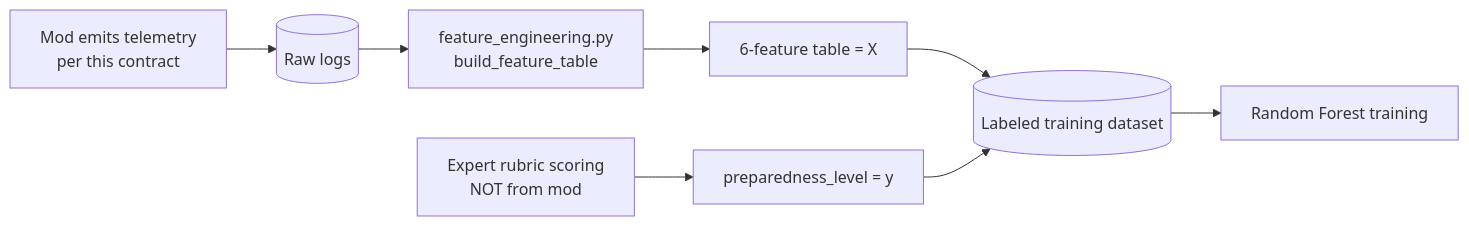
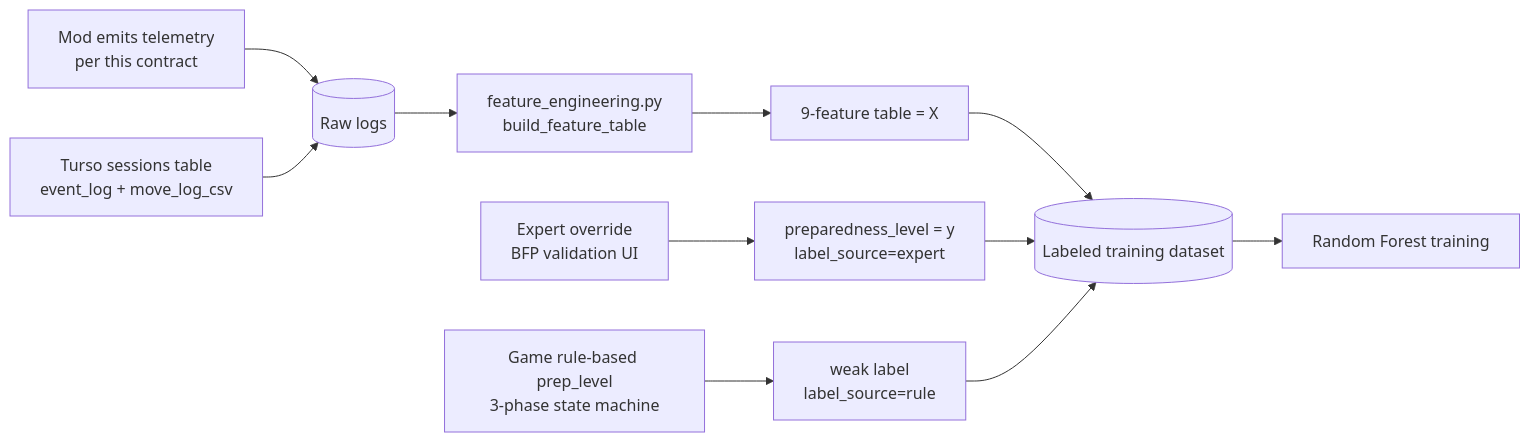
Before and after one commit to Kiko915/MiDRR-Classifier: the diagram in docs/telemetry_contract.md, drawn with Mermaid. The commit also changed other lines of this file and 4 other files, not shown here.

````diff
--- a/docs/telemetry_contract.md
+++ b/docs/telemetry_contract.md
@@ -22,10 +27,13 @@
 ```mermaid
 flowchart LR
     M[Mod emits telemetry<br/>per this contract] --> R[(Raw logs)]
+    T[Turso sessions table<br/>event_log + move_log_csv] --> R
     R --> F[feature_engineering.py<br/>build_feature_table]
-    F --> X[6-feature table = X]
-    L[Expert rubric scoring<br/>NOT from mod] --> Y[preparedness_level = y]
+    F --> X[9-feature table = X]
+    L[Expert override<br/>BFP validation UI] --> Y[preparedness_level = y<br/>label_source=expert]
+    G[Game rule-based prep_level<br/>3-phase state machine] --> Y2[weak label<br/>label_source=rule]
     X --> D[(Labeled training dataset)]
     Y --> D
-    D --> T[Random Forest training]
+    Y2 --> D
+    D --> RF[Random Forest training]
 ```
````
